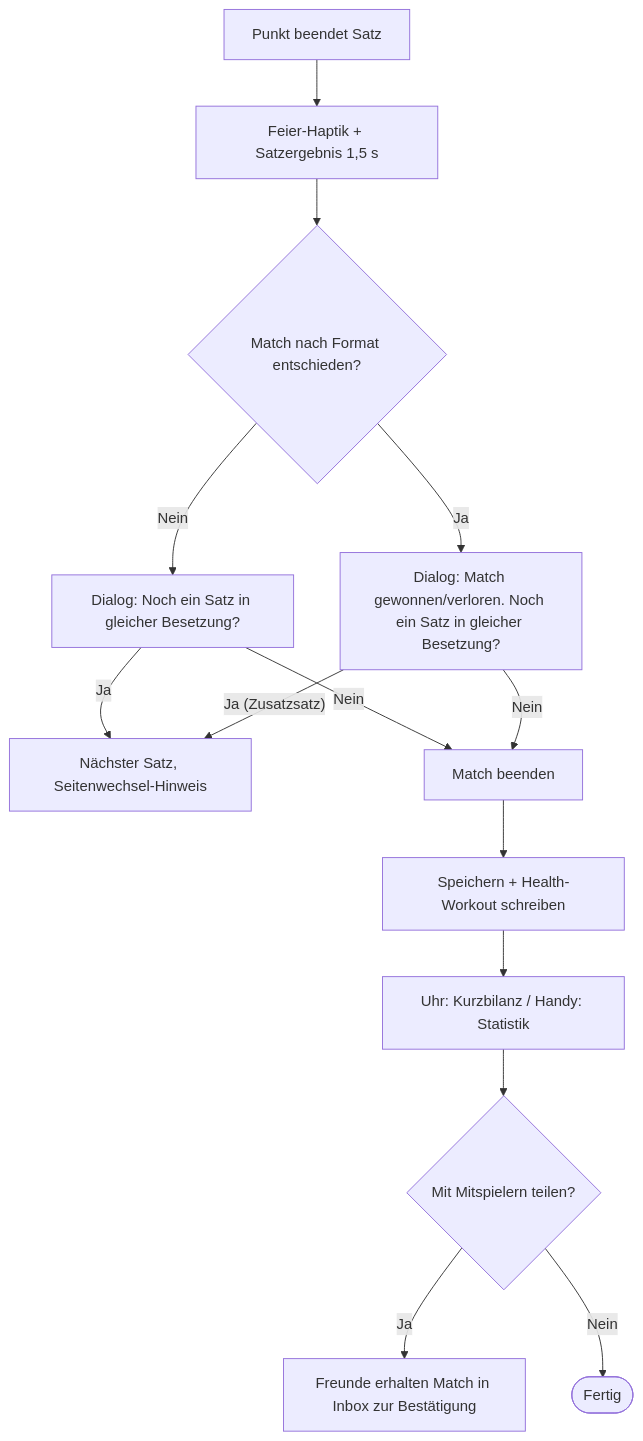
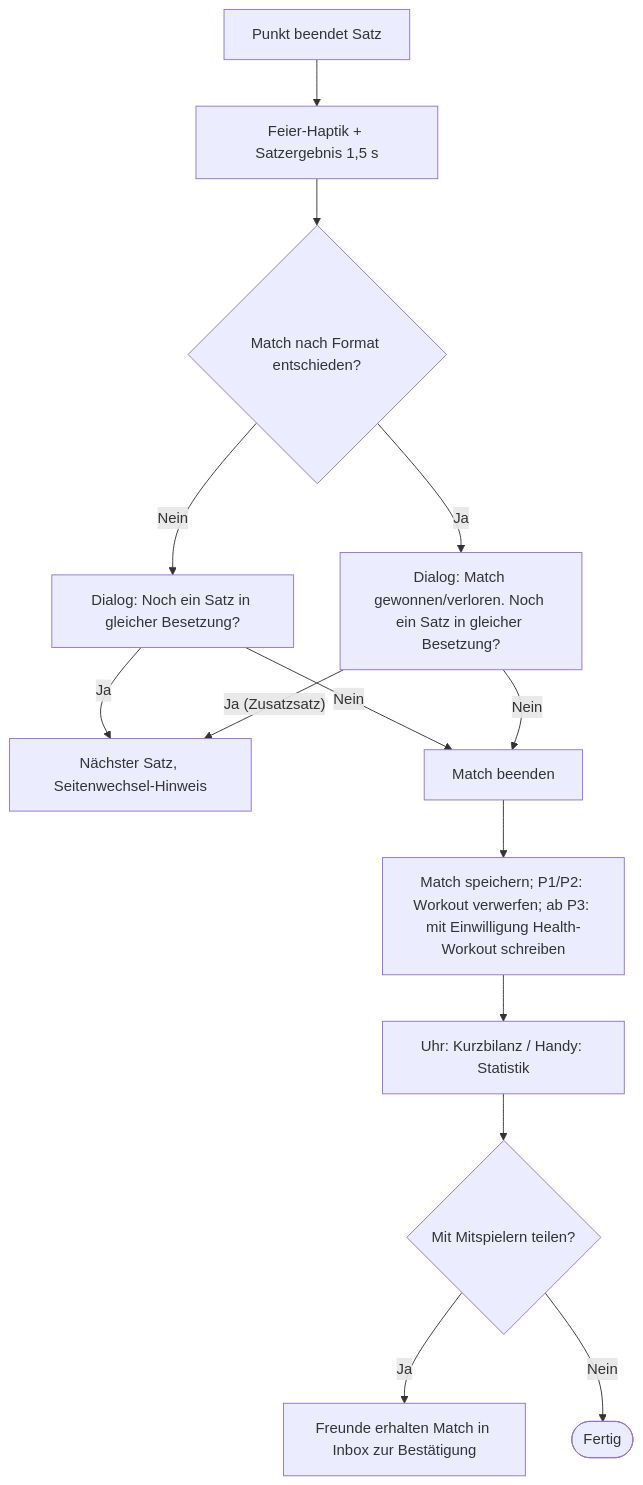
Before and after one commit to thealextd1337-spec/racketone: the fourth of 6 diagrams in docs/04-ux-design.md, drawn with Mermaid. The commit also changed other lines of this file and 4 other files, not shown here.

````diff
--- a/docs/04-ux-design.md
+++ b/docs/04-ux-design.md
@@ -183,16 +190,16 @@
 ```mermaid
 flowchart TD
   P["Punkt beendet Satz"] --> C["Feier-Haptik + Satzergebnis 1,5 s"]
   C --> M{"Match nach Format entschieden?"}
   M -- "Nein" --> D1["Dialog: Noch ein Satz in gleicher Besetzung?"]
   M -- "Ja" --> D2["Dialog: Match gewonnen/verloren. Noch ein Satz in gleicher Besetzung?"]
   D1 -- "Ja" --> NS["Nächster Satz, Seitenwechsel-Hinweis"]
   D1 -- "Nein" --> END["Match beenden"]
   D2 -- "Ja (Zusatzsatz)" --> NS
   D2 -- "Nein" --> END
-  END --> SAVE["Speichern + Health-Workout schreiben"]
+  END --> SAVE["Match speichern; P1/P2: Workout verwerfen; ab P3: mit Einwilligung Health-Workout schreiben"]
   SAVE --> STAT["Uhr: Kurzbilanz / Handy: Statistik"]
   STAT --> SH{"Mit Mitspielern teilen?"}
   SH -- "Ja" --> INV["Freunde erhalten Match in Inbox zur Bestätigung"]
   SH -- "Nein" --> FIN(["Fertig"])
 ```
````
